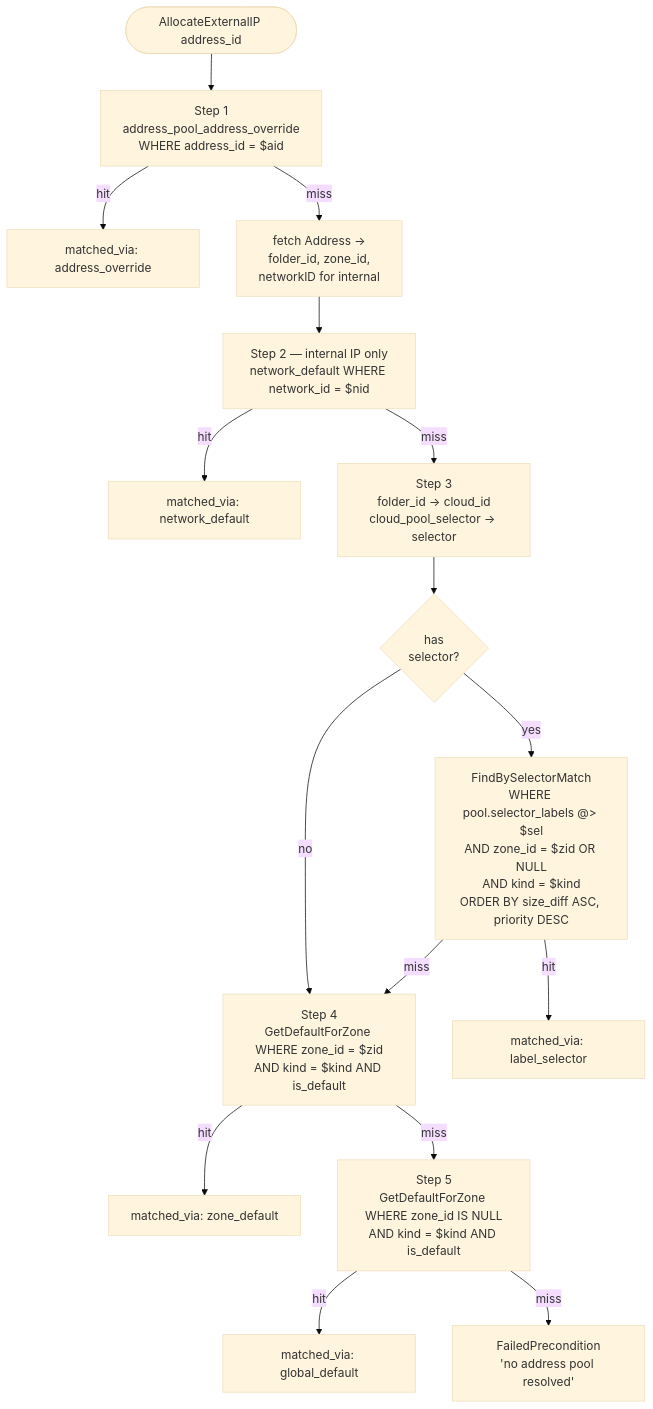
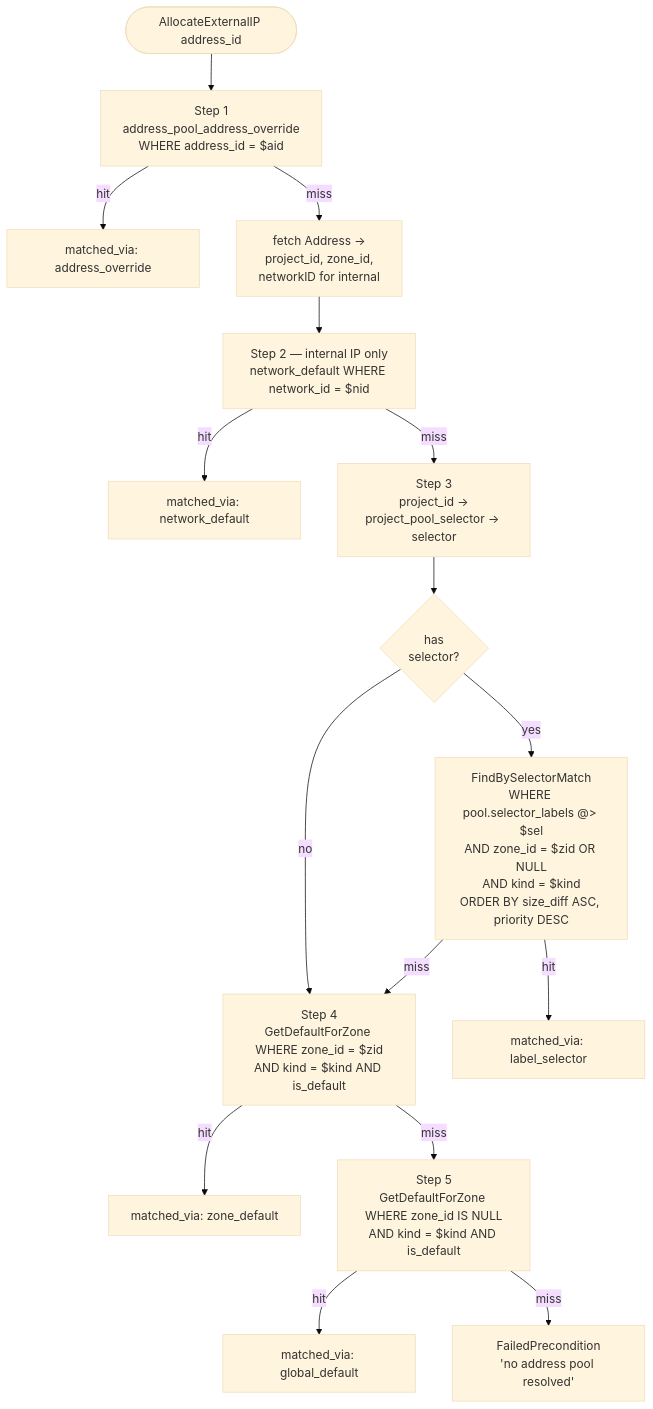
One commit to PRO-Robotech/kacho-workspace changed the second of 2 diagrams in docs/architecture/03-ipam.md. Above: the diagram before and after it, drawn with Mermaid (base theme). The commit also changed other lines of this file and 16 other files, not shown here.

````diff
--- a/docs/architecture/03-ipam.md
+++ b/docs/architecture/03-ipam.md
@@ -105,19 +118,19 @@
 ```mermaid
 flowchart TD
   Start([AllocateExternalIP address_id]) --> S1
   S1[Step 1<br/>address_pool_address_override<br/>WHERE address_id = $aid] -->|hit| Return1[matched_via: address_override]
-  S1 -->|miss| Fetch[fetch Address →<br/>folder_id, zone_id,<br/>networkID for internal]
+  S1 -->|miss| Fetch[fetch Address →<br/>project_id, zone_id,<br/>networkID for internal]
   Fetch --> S2
   S2[Step 2 — internal IP only<br/>network_default WHERE network_id = $nid] -->|hit| Return2[matched_via: network_default]
   S2 -->|miss| S3
-  S3[Step 3<br/>folder_id → cloud_id<br/>cloud_pool_selector → selector]
+  S3[Step 3<br/>project_id →<br/>project_pool_selector → selector]
   S3 --> S3match{has<br/>selector?}
   S3match -->|no| S4
   S3match -->|yes| S3query[FindBySelectorMatch<br/>WHERE pool.selector_labels @> $sel<br/>AND zone_id = $zid OR NULL<br/>AND kind = $kind<br/>ORDER BY size_diff ASC, priority DESC]
   S3query -->|hit| Return3[matched_via: label_selector]
   S3query -->|miss| S4
   S4[Step 4<br/>GetDefaultForZone WHERE zone_id = $zid<br/>AND kind = $kind AND is_default] -->|hit| Return4[matched_via: zone_default]
   S4 -->|miss| S5
   S5[Step 5<br/>GetDefaultForZone WHERE zone_id IS NULL<br/>AND kind = $kind AND is_default] -->|hit| Return5[matched_via: global_default]
   S5 -->|miss| Fail[FailedPrecondition<br/>'no address pool resolved']
 ```
````
